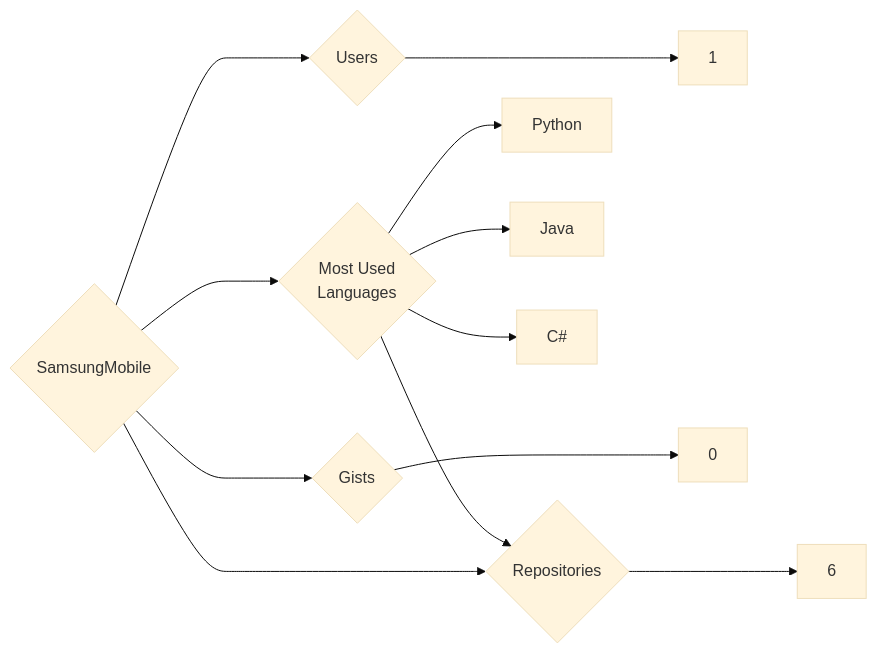
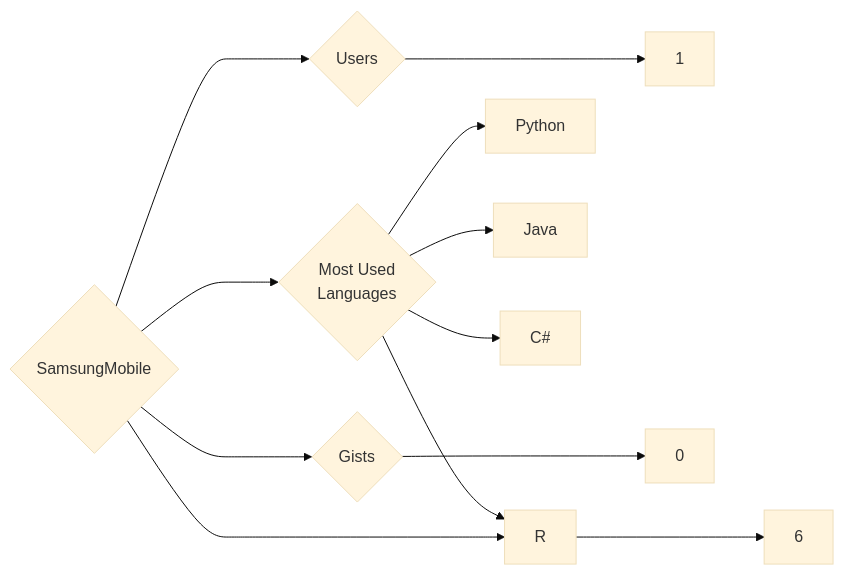
Before and after one commit to trickest/insiders: the diagram in targets/SamsungMobile/README.md, drawn with Mermaid (base theme). The commit also changed 997 other files, not shown here.

````diff
--- a/targets/SamsungMobile/README.md
+++ b/targets/SamsungMobile/README.md
@@ -3,12 +3,12 @@
 ```mermaid
 graph LR
 COMPANY_NAME{SamsungMobile}
 COMPANY_NAME ---> U{Users} ---> UN[1]
 COMPANY_NAME ---> R{Repositories} ---> RN[6]
 COMPANY_NAME ---> G{Gists} ---> GN[0]
 COMPANY_NAME ---> ML{Most Used<br>Languages}
-ML --> Python
-ML --> R
-ML --> Java
-ML --> C#
+ML --> Python[Python]
+ML --> R[R]
+ML --> Java[Java]
+ML --> C#[C#]
 ```
````
